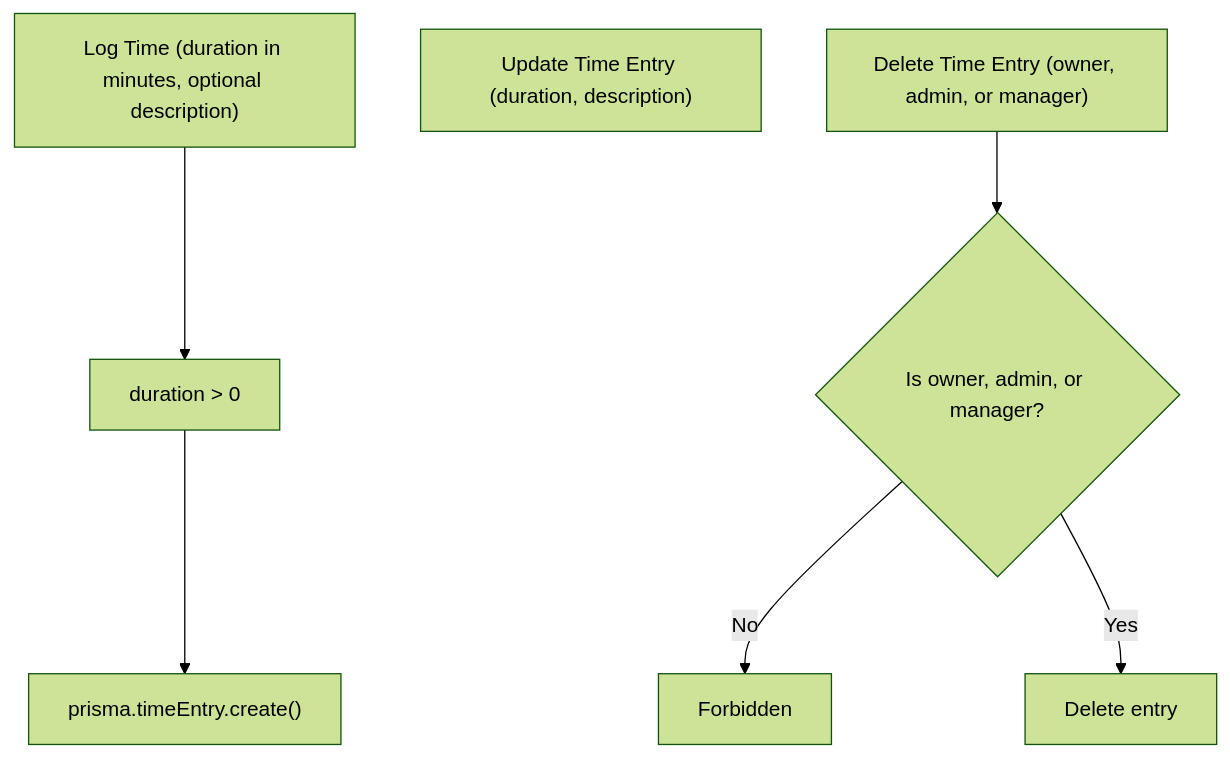
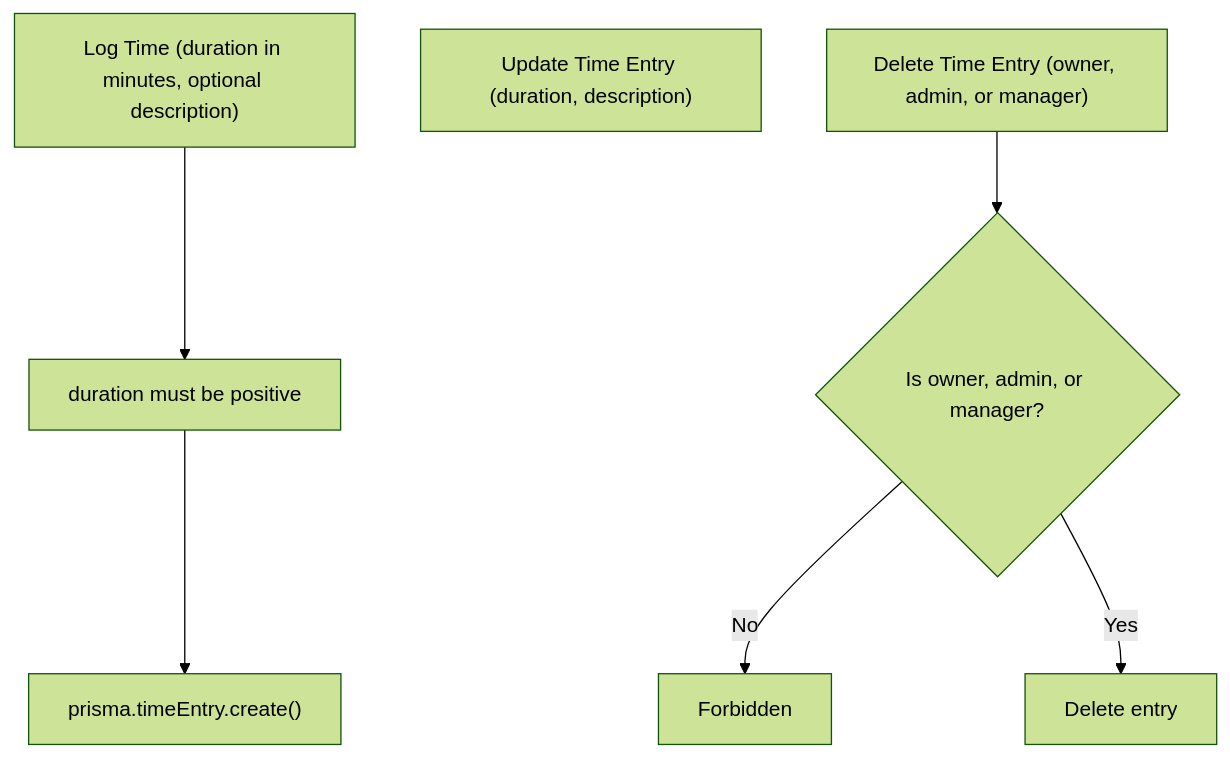
Before and after one commit to asefahmed500/Smart-Task-App_IIT_DU_Final_Project: the ninth of 10 diagrams in docs/05-task-management.md, drawn with Mermaid (forest theme). The commit also changed other lines of this file and 9 other files, not shown here.

Commit message:
fix: update AGENTS.md with Vercel deployment notes and additional mermaid cleanups

````diff
--- a/docs/05-task-management.md
+++ b/docs/05-task-management.md
@@ -312,12 +312,12 @@
 ```mermaid
 flowchart TD
     LOG["Log Time (duration in minutes, optional description)"]
     UPDATE["Update Time Entry (duration, description)"]
     DELETE["Delete Time Entry (owner, admin, or manager)"]
 
-    LOG --> VALIDATE["duration > 0"]
+    LOG --> VALIDATE["duration must be positive"]
     VALIDATE --> CREATE["prisma.timeEntry.create()"]
     DELETE --> OWNER_CHECK{"Is owner, admin, or manager?"}
     OWNER_CHECK -->|No| ERR["Forbidden"]
     OWNER_CHECK -->|Yes| DEL["Delete entry"]
 ```
````
